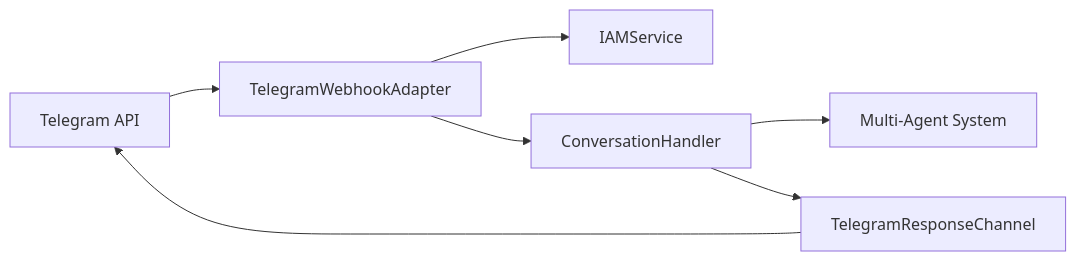
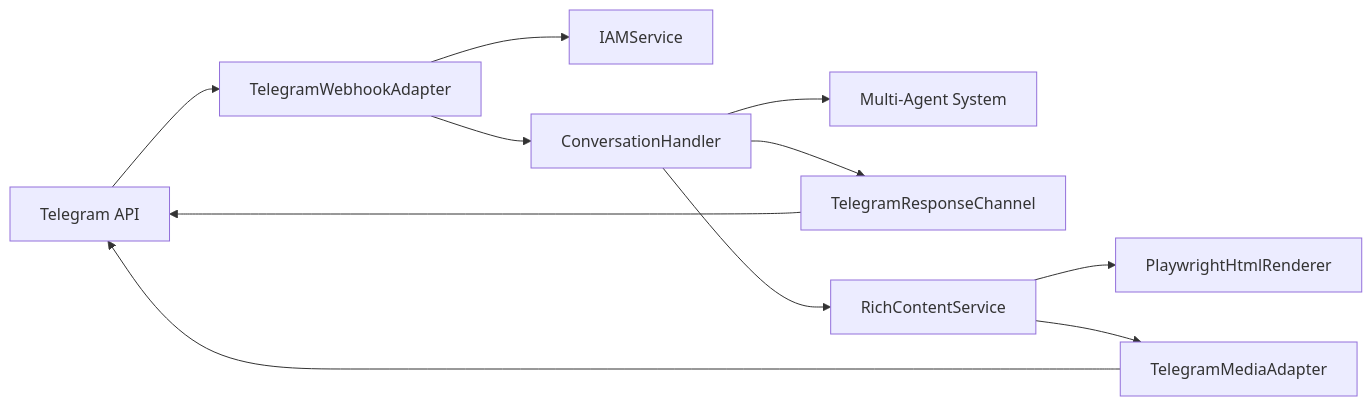
One commit to ddmd72/alekbot-core changed the diagram in docs/05_building_blocks/telegram_integration/README.md. Above: the diagram before and after it, drawn with Mermaid. The commit also changed other lines of this file and 10 other files, not shown here.

````diff
--- a/docs/05_building_blocks/telegram_integration/README.md
+++ b/docs/05_building_blocks/telegram_integration/README.md
@@ -52,9 +57,13 @@
 ```mermaid
 graph LR
     Telegram[Telegram API] --> Webhook[TelegramWebhookAdapter]
     Webhook --> IAM[IAMService]
     Webhook --> Handler[ConversationHandler]
     Handler --> Agents[Multi-Agent System]
     Handler --> Channel[TelegramResponseChannel]
+    Handler --> RCS[RichContentService]
+    RCS --> Renderer[PlaywrightHtmlRenderer]
+    RCS --> Media[TelegramMediaAdapter]
     Channel --> Telegram
+    Media --> Telegram
 ```
````
